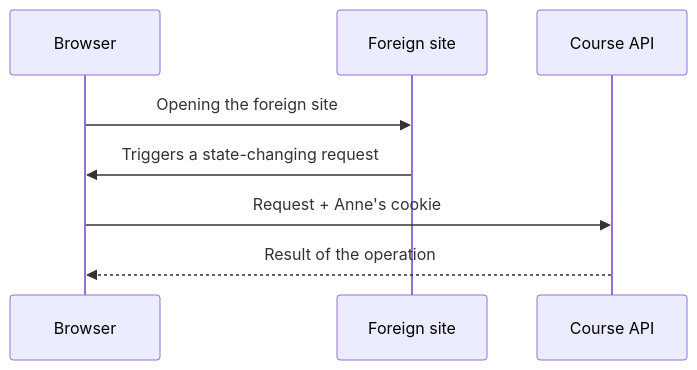
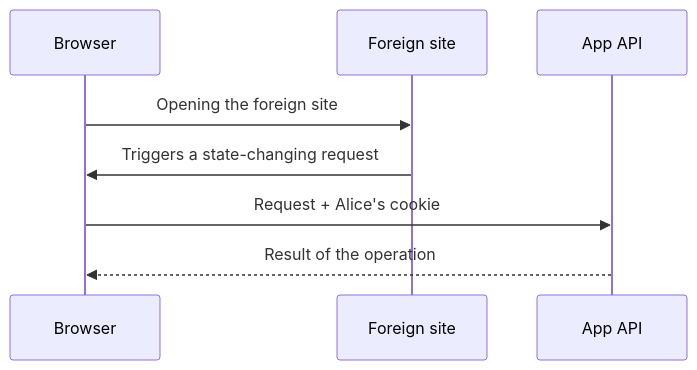
The second of 2 diagrams in courses/web-programming-1/08-webbiztonsagi-alapok-en/POWER.md (laborci/slides), drawn with Mermaid before and after one commit. The commit also changed other lines of this file and 2 other files, not shown here.

Commit message:
Chapter 8: generic examples instead of course-specific ones

````diff
--- a/courses/web-programming-1/08-webbiztonsagi-alapok-en/POWER.md
+++ b/courses/web-programming-1/08-webbiztonsagi-alapok-en/POWER.md
@@ -516,10 +517,10 @@
 ```mermaid
 sequenceDiagram
     participant B as Browser
     participant I as Foreign site
-    participant K as Course API
+    participant K as App API
     B->>I: Opening the foreign site
     I->>B: Triggers a state-changing request
-    B->>K: Request + Anne's cookie
+    B->>K: Request + Alice's cookie
     K-->>B: Result of the operation
 ```
````
